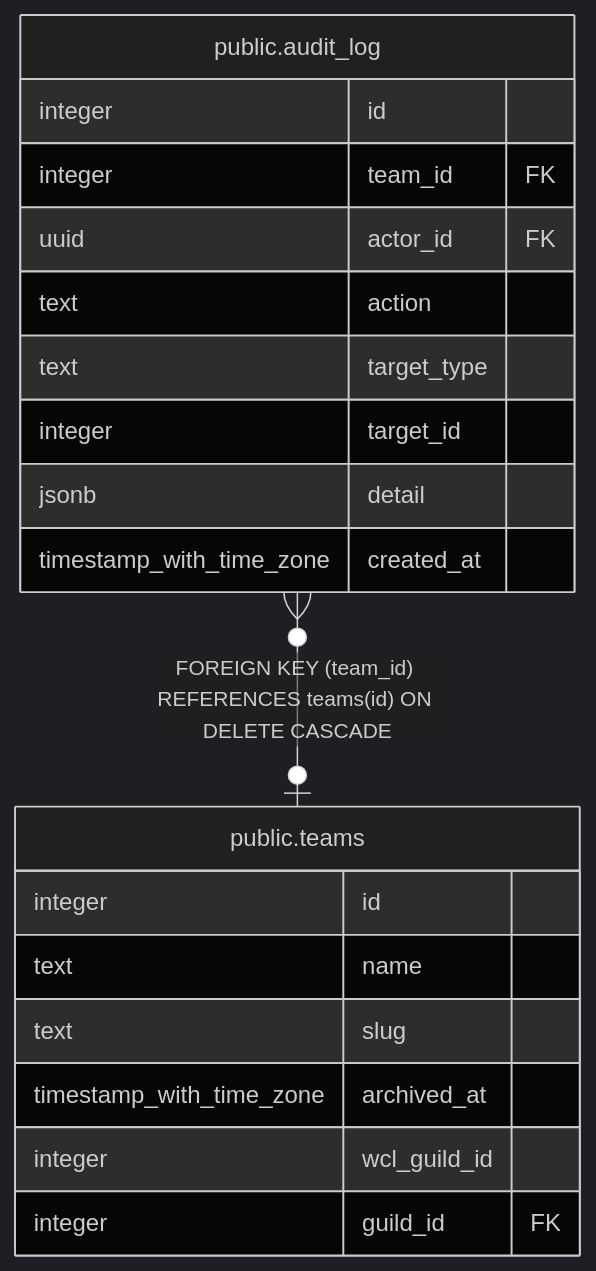
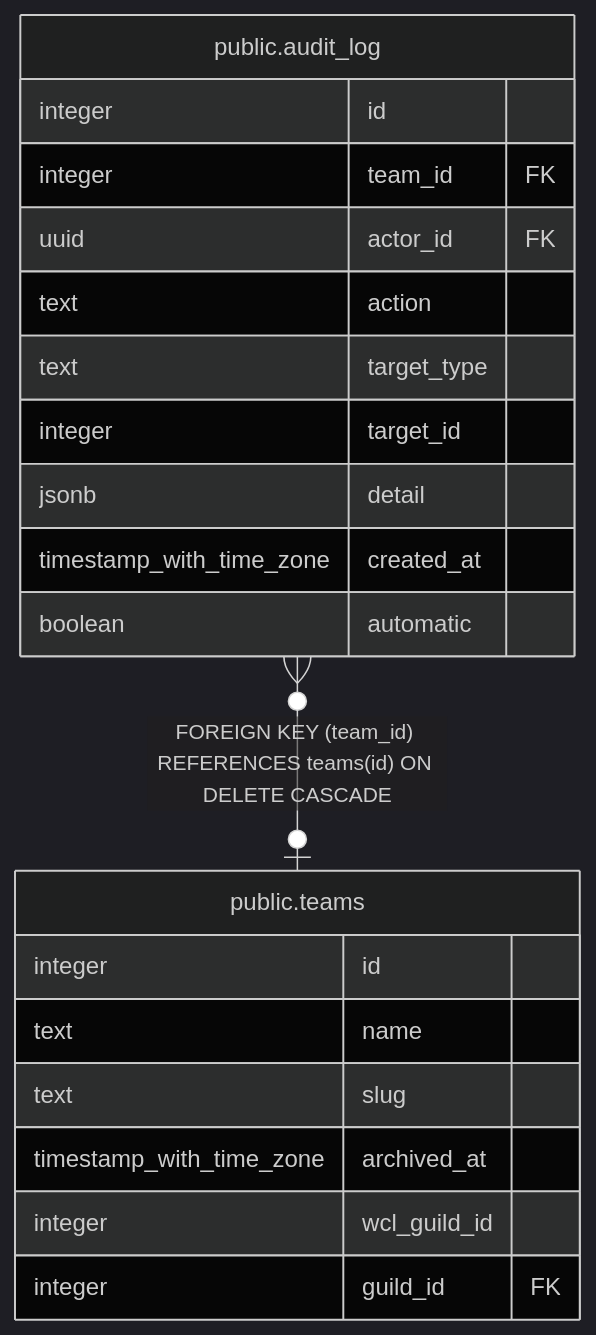
One commit to katogaming88/WGA-Raid-Hub changed the diagram in dbdoc/public.audit_log.md. Above: the diagram before and after it, drawn with Mermaid (dark theme). The commit also changed other lines of this file and 23 other files, not shown here.

````diff
--- a/dbdoc/public.audit_log.md
+++ b/dbdoc/public.audit_log.md
@@ -32,24 +33,25 @@
 ```mermaid
 erDiagram
 
 "public.audit_log" }o--o| "public.teams" : "FOREIGN KEY (team_id) REFERENCES teams(id) ON DELETE CASCADE"
 
 "public.audit_log" {
   integer id
   integer team_id FK
   uuid actor_id FK
   text action
   text target_type
   integer target_id
   jsonb detail
   timestamp_with_time_zone created_at
+  boolean automatic
 }
 "public.teams" {
   integer id
   text name
   text slug
   timestamp_with_time_zone archived_at
   integer wcl_guild_id
   integer guild_id FK
 }
 ```
````
